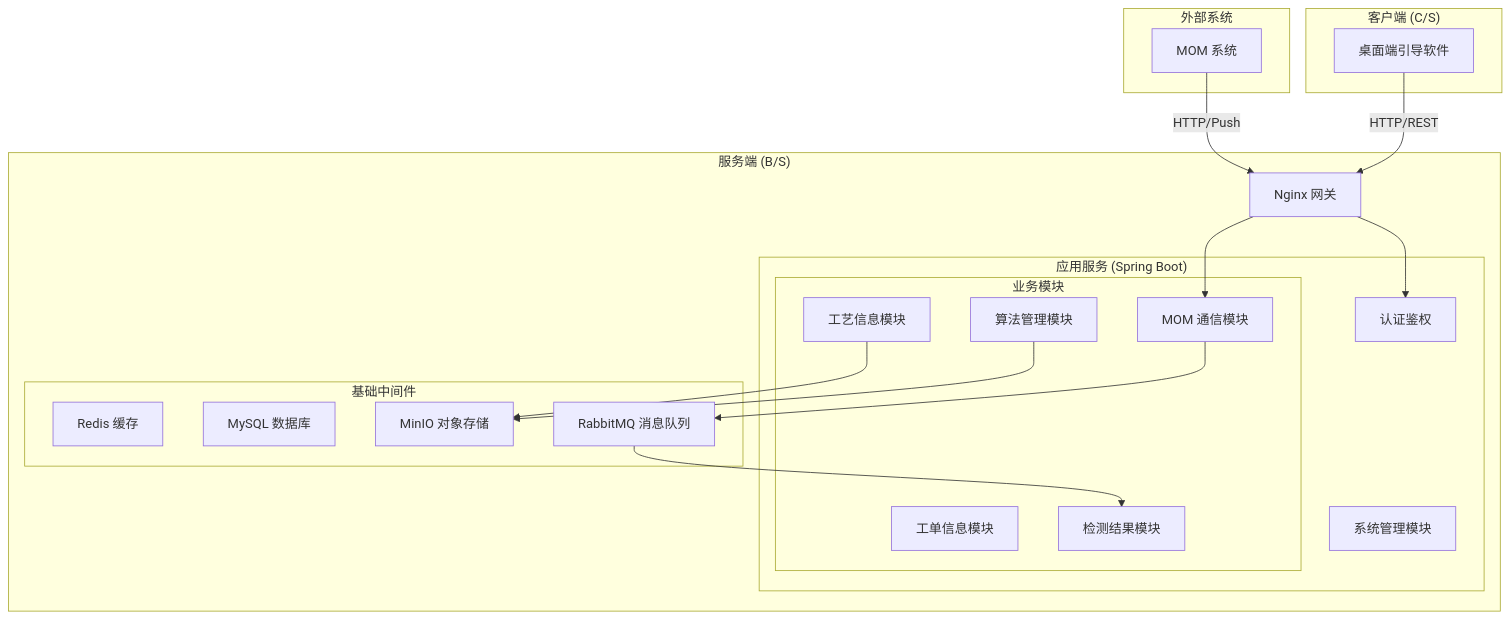
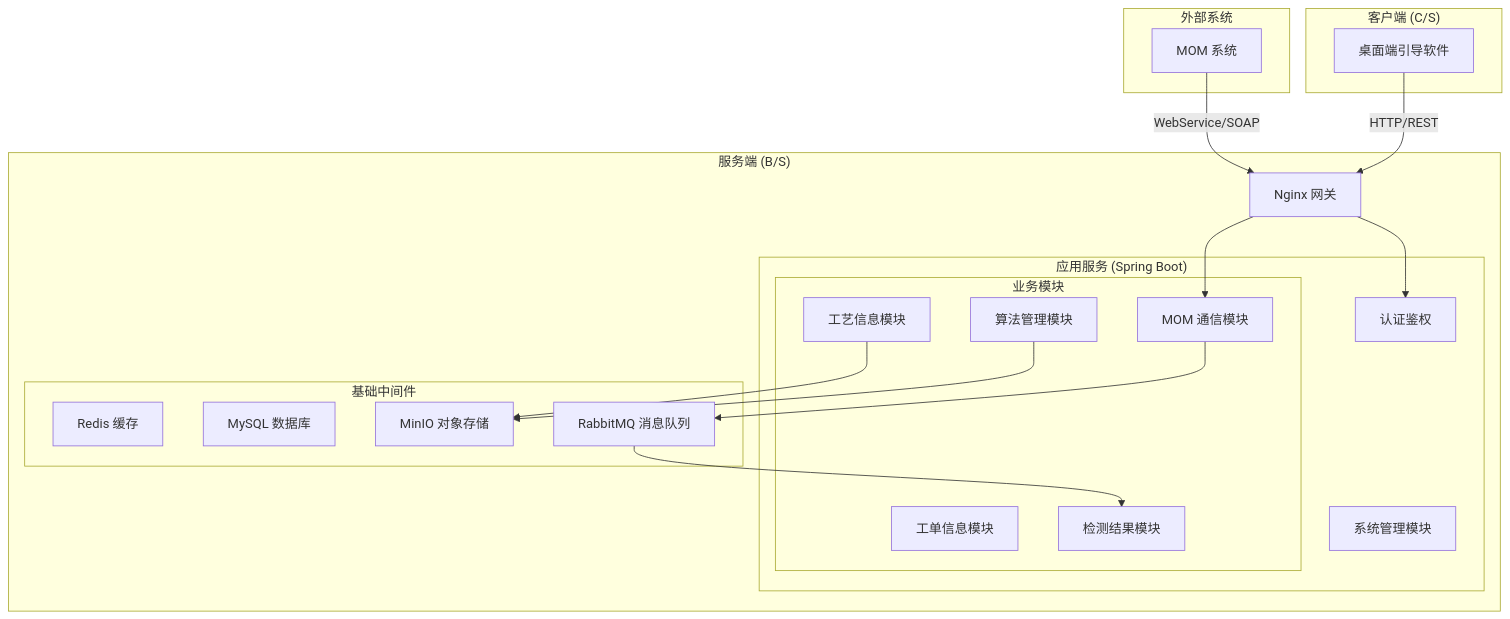
Before and after one commit to knifecaojia/procvision_bs: the diagram in design_spec_v1.md, drawn with Mermaid. The commit also changed other lines of this file and 1 other file, not shown here.

````diff
--- a/design_spec_v1.md
+++ b/design_spec_v1.md
@@ -40,43 +41,43 @@
 ```mermaid
 graph TD
     subgraph "外部系统"
         MOM[MOM 系统]
     end
 
     subgraph "客户端 (C/S)"
         Desktop[桌面端引导软件]
     end
 
     subgraph "服务端 (B/S)"
         Gateway[Nginx 网关]
   
         subgraph "应用服务 (Spring Boot)"
             Auth[认证鉴权]
             Sys[系统管理模块]
     
             subgraph "业务模块"
                 MOM_Bridge[MOM 通信模块]
                 Craft[工艺信息模块]
                 Algo[算法管理模块]
                 Order[工单信息模块]
                 Detect[检测结果模块]
             end
         end
   
         subgraph "基础中间件"
             Redis[Redis 缓存]
             MySQL[MySQL 数据库]
             MinIO[MinIO 对象存储]
             MQ[RabbitMQ 消息队列]
         end
     end
 
-    MOM -->|HTTP/Push| Gateway
+    MOM -->|WebService/SOAP| Gateway
     Desktop -->|HTTP/REST| Gateway
     Gateway --> Auth
     Gateway --> MOM_Bridge
     MOM_Bridge --> MQ
     MQ --> Detect
     Craft --> MinIO
     Algo --> MinIO
 ```
````
